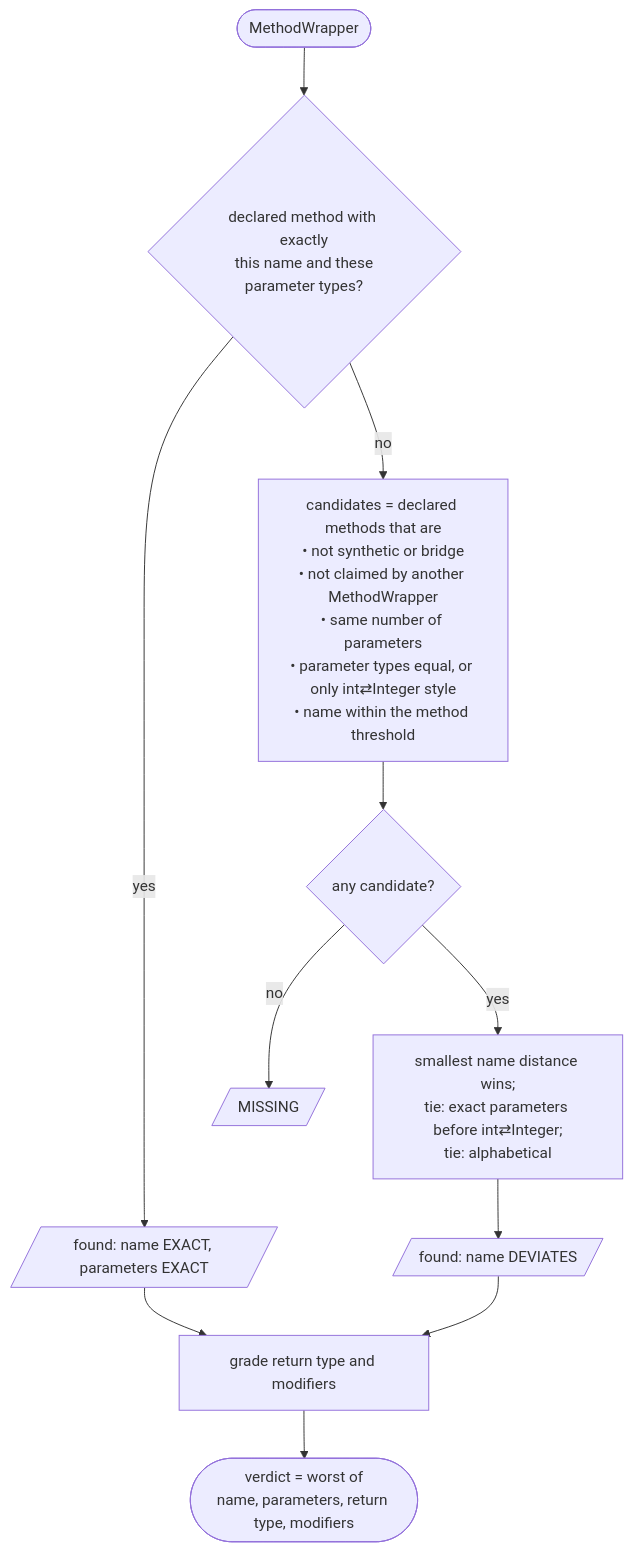
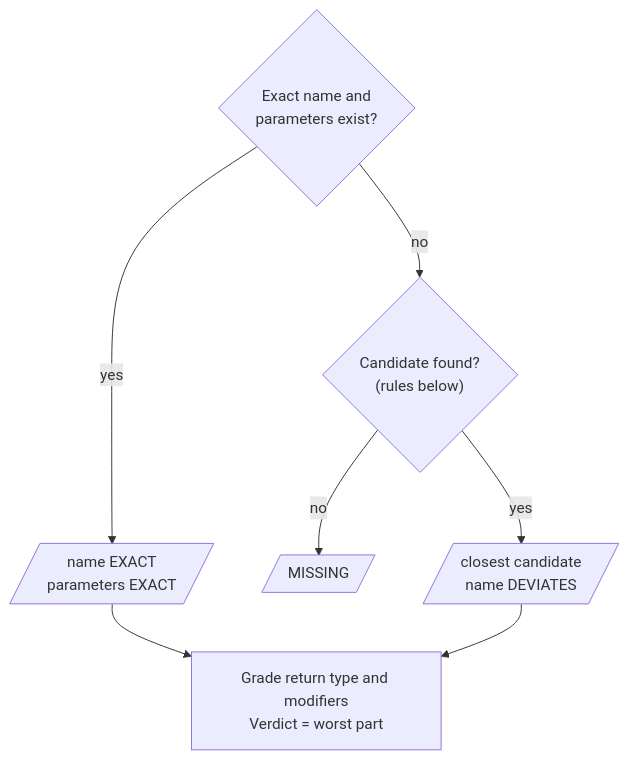
The diagram in docs/matching.md (ValentinHerrmann/Levenshtein-Testing-Framework), drawn with Mermaid before and after one commit. The commit also changed other lines of this file, not shown here.

Commit message:
Compact the method-matching flowchart and update its candidate rules
Claude-Session: https://claude.ai/code/session_01G1G7HpjzPfHZkf69wX8s7Y

````diff
--- a/docs/matching.md
+++ b/docs/matching.md
@@ -132,13 +132,9 @@
 ```mermaid
 flowchart TD
-    A([MethodWrapper]) --> B{"declared method with exactly<br/>this name and these<br/>parameter types?"}
-    B -- yes --> X[/"found: name EXACT, parameters EXACT"/]
-    B -- no --> C["candidates = declared methods that are<br/>• not synthetic or bridge<br/>• not claimed by another MethodWrapper<br/>• same number of parameters<br/>• parameter types equal, or only int⇄Integer style<br/>• name within the method threshold"]
-    C --> D{any candidate?}
+    B{"Exact name and<br/>parameters exist?"} -- yes --> X[/"name EXACT<br/>parameters EXACT"/]
+    B -- no --> D{"Candidate found?<br/>(rules below)"}
     D -- no --> M[/"MISSING"/]
-    D -- yes --> E["smallest name distance wins;<br/>tie: exact parameters before int⇄Integer;<br/>tie: alphabetical"]
-    E --> F[/"found: name DEVIATES"/]
-    X --> G["grade return type and modifiers"]
+    D -- yes --> F[/"closest candidate<br/>name DEVIATES"/]
+    X --> G["Grade return type and modifiers<br/>Verdict = worst part"]
     F --> G
-    G --> H(["verdict = worst of<br/>name, parameters, return type, modifiers"])
 ```
````
